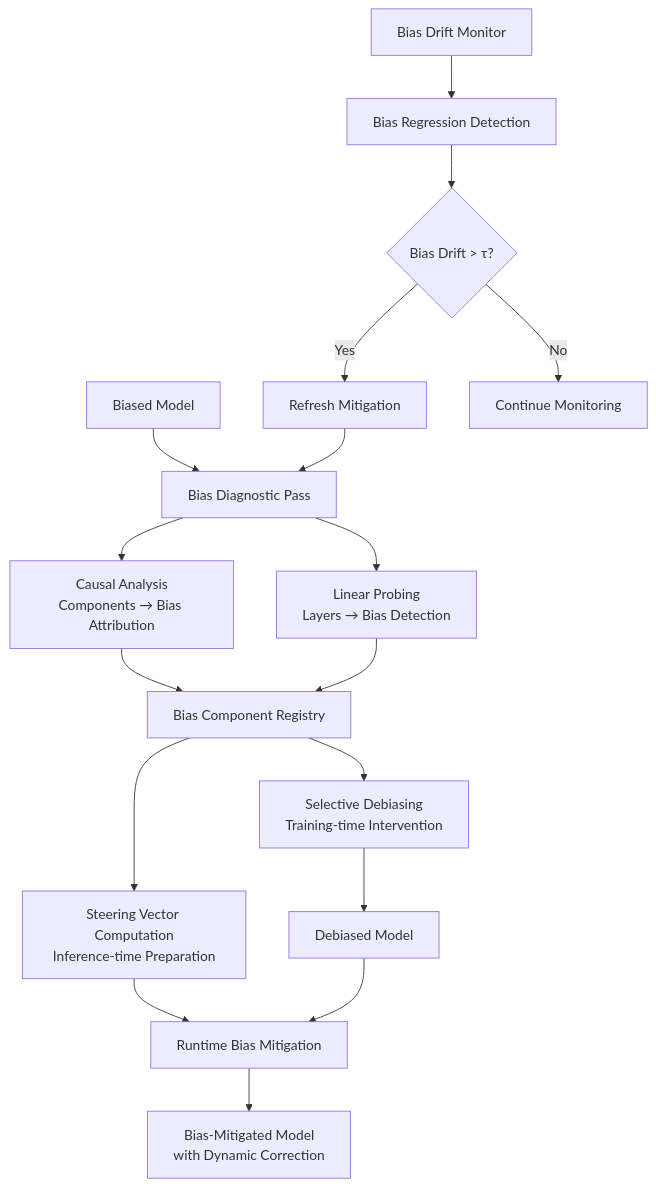
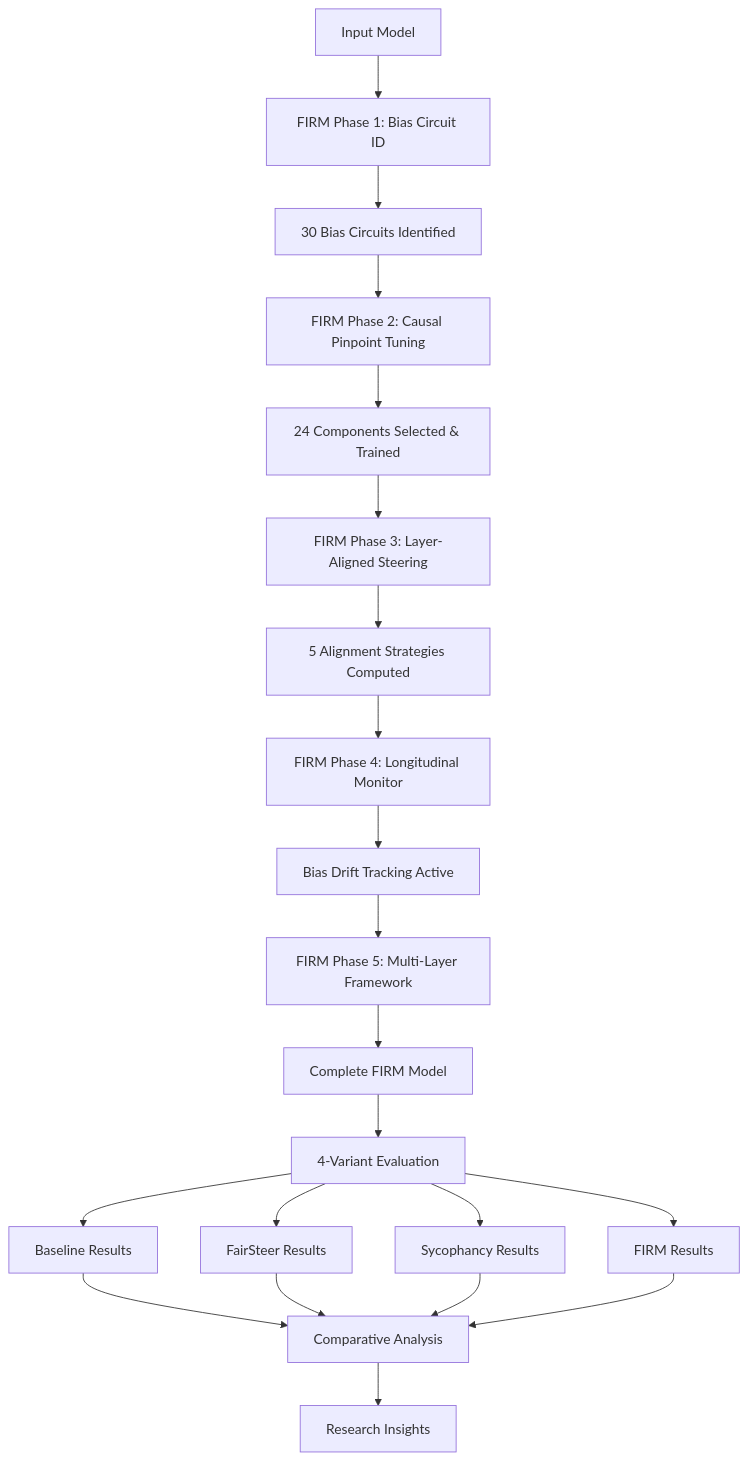
The diagram in unified_pipeline/README.md (Zachbot168/Algoverse), drawn with Mermaid before and after one commit. The commit also changed other lines of this file and 889 other files, not shown here.

````diff
--- a/unified_pipeline/README.md
+++ b/unified_pipeline/README.md
@@ -16,20 +98,25 @@
 ```mermaid
 graph TD
-    A[Biased Model] --> B[Bias Diagnostic Pass]
-    B --> C[Causal Analysis<br/>Components → Bias Attribution]
-    B --> D[Linear Probing<br/>Layers → Bias Detection]
-    C --> E[Bias Component Registry]
-    D --> E
-    E --> F[Selective Debiasing<br/>Training-time Intervention]
-    E --> G[Steering Vector Computation<br/>Inference-time Preparation]
-    F --> H[Debiased Model]
-    G --> I[Runtime Bias Mitigation]
-    H --> I
-    I --> J[Bias-Mitigated Model<br/>with Dynamic Correction]
+    A[Input Model] --> B[FIRM Phase 1: Bias Circuit ID]
+    B --> C[30 Bias Circuits Identified]
+    C --> D[FIRM Phase 2: Causal Pinpoint Tuning]
+    D --> E[24 Components Selected & Trained]
+    E --> F[FIRM Phase 3: Layer-Aligned Steering]
+    F --> G[5 Alignment Strategies Computed]
+    G --> H[FIRM Phase 4: Longitudinal Monitor]
+    H --> I[Bias Drift Tracking Active]
+    I --> J[FIRM Phase 5: Multi-Layer Framework]
+    J --> K[Complete FIRM Model]
     
-    K[Bias Drift Monitor] --> L[Bias Regression Detection]
-    L --> M{Bias Drift > τ?}
-    M -->|Yes| N[Refresh Mitigation]
-    M -->|No| O[Continue Monitoring]
-    N --> B
+    L[4-Variant Evaluation] --> M[Baseline Results]
+    L --> N[FairSteer Results] 
+    L --> O[Sycophancy Results]
+    L --> P[FIRM Results]
+    
+    K --> L
+    M --> Q[Comparative Analysis]
+    N --> Q
+    O --> Q  
+    P --> Q
+    Q --> R[Research Insights]
 ```
````
